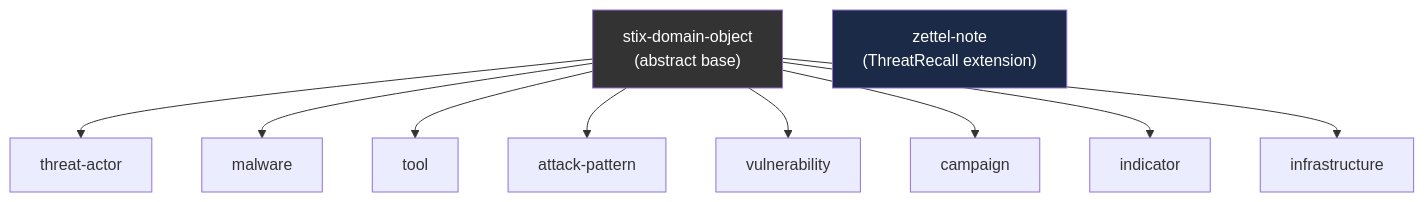
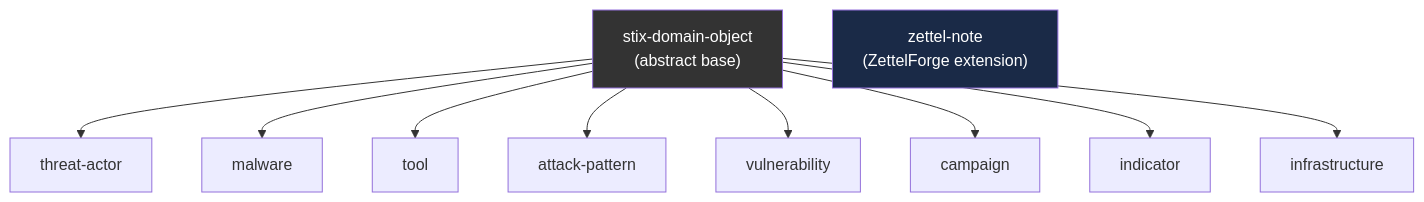
One commit to rolandpg/zettelforge changed the diagram in docs/explanation/stix-in-zettelforge.md. Above: the diagram before and after it, drawn with Mermaid. The commit also changed other lines of this file and 9 other files, not shown here.

Commit message:
chore: mop-up remaining ThreatRecall references in docs and templates

````diff
--- a/docs/explanation/stix-in-zettelforge.md
+++ b/docs/explanation/stix-in-zettelforge.md
@@ -29,17 +29,17 @@
 ```mermaid
 graph TB
     SDO["stix-domain-object<br/>(abstract base)"]
     SDO --> TA["threat-actor"]
     SDO --> MAL["malware"]
     SDO --> TOOL["tool"]
     SDO --> AP["attack-pattern"]
     SDO --> VULN["vulnerability"]
     SDO --> CAMP["campaign"]
     SDO --> IND["indicator"]
     SDO --> INFRA["infrastructure"]
 
-    ZN["zettel-note<br/>(ThreatRecall extension)"]
+    ZN["zettel-note<br/>(ZettelForge extension)"]
 
     style SDO fill:#333,color:#fff
     style ZN fill:#1a2a47,color:#fff
 ```
````
